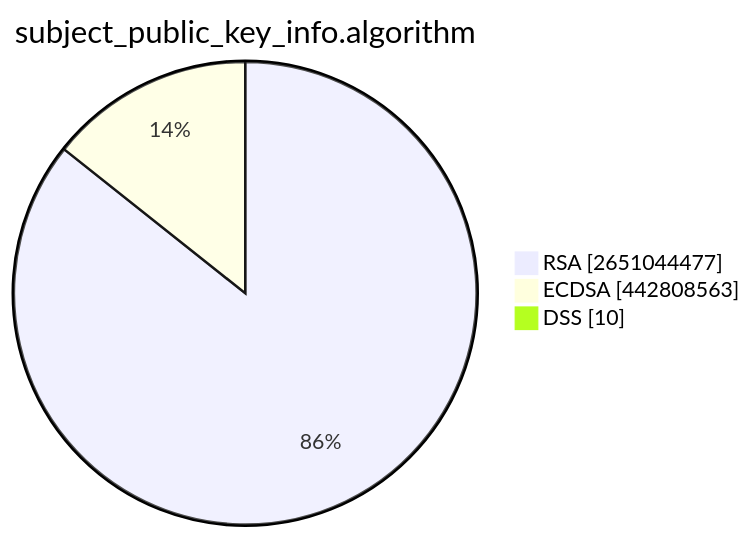
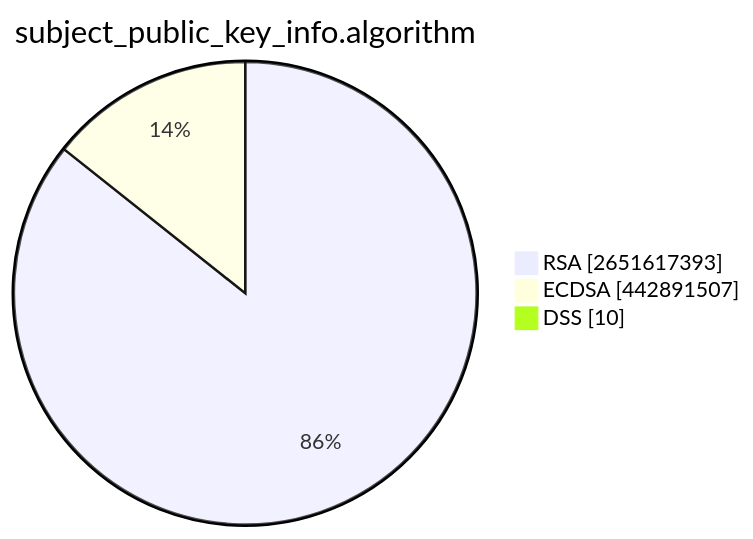
One commit to christiankrug/ctmonitor_visualization changed the second of 15 diagrams in TOTAL/README.md. Above: the diagram before and after it, drawn with Mermaid. The commit also changed other lines of this file, not shown here.

````diff
--- a/TOTAL/README.md
+++ b/TOTAL/README.md
@@ -6,7 +6,7 @@
 ```mermaid
 pie showData
 title subject_public_key_info.algorithm
-"RSA" :2651044477
-"ECDSA" :442808563
+"RSA" :2651617393
+"ECDSA" :442891507
 "DSS" :10
 ```
````
